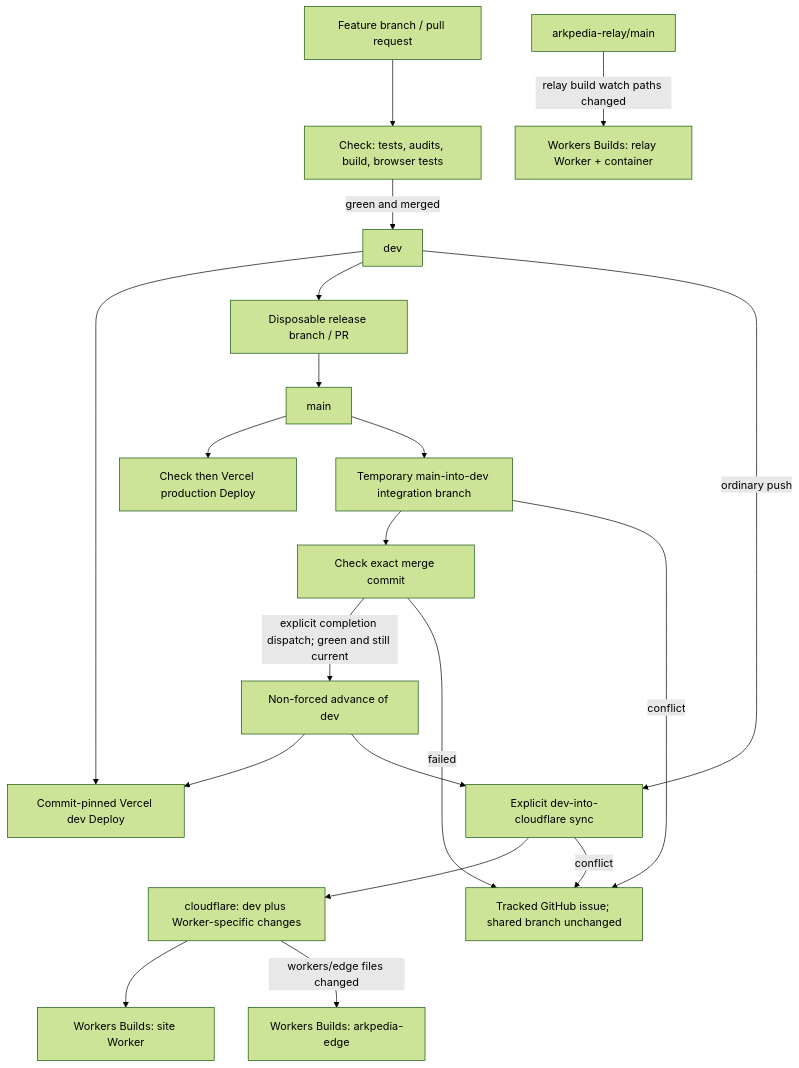
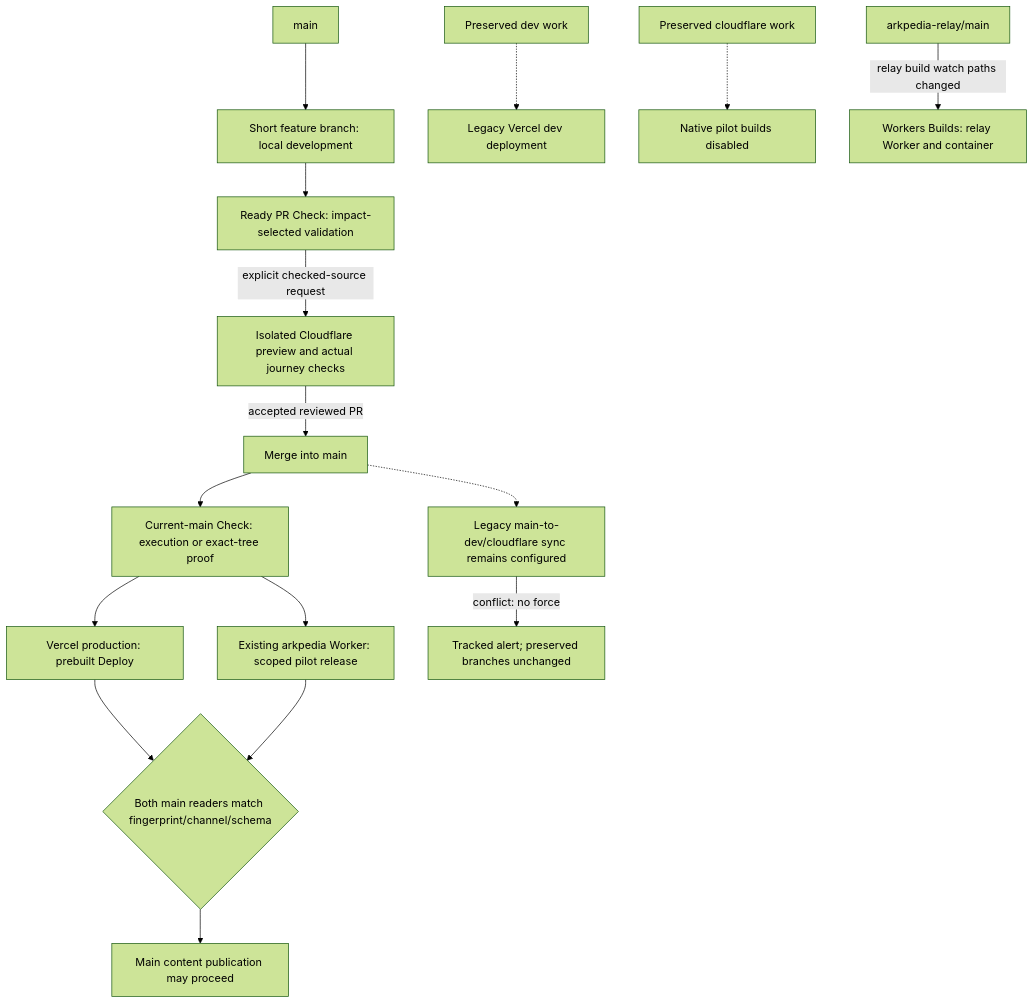
Before and after one commit to arkpedia/arkpedia: the fifth of 6 diagrams in docs/architecture.md, drawn with Mermaid (forest theme). The commit also changed other lines of this file and 5 other files, not shown here.

Commit message:
docs: accept pilot account continuity and align live architecture

````diff
--- a/docs/architecture.md
+++ b/docs/architecture.md
@@ -251,22 +251,18 @@
 ```mermaid
 flowchart TD
-  feature[Feature branch / pull request] --> check[Check: tests, audits, build, browser tests]
-  check -->|green and merged| dev[dev]
-  dev --> deploydev[Commit-pinned Vercel dev Deploy]
-  dev --> release[Disposable release branch / PR]
-  release --> main[main]
-  main --> checkmain[Check then Vercel production Deploy]
-  main --> integration[Temporary main-into-dev integration branch]
-  integration --> verify[Check exact merge commit]
-  verify -->|explicit completion dispatch; green and still current| fast[Non-forced advance of dev]
-  fast --> deploydev
-  fast --> sync[Explicit dev-into-cloudflare sync]
-  dev -->|ordinary push| sync
-  sync --> cf[cloudflare: dev plus Worker-specific changes]
-  cf --> build[Workers Builds: site Worker]
-  cf -->|workers/edge files changed| edge[Workers Builds: arkpedia-edge]
-  relay[arkpedia-relay/main] -->|relay build watch paths changed| relaybuild[Workers Builds: relay Worker + container]
-  integration -->|conflict| issue[Tracked GitHub issue; shared branch unchanged]
-  verify -->|failed| issue
-  sync -->|conflict| issue
+  main[main] --> feature[Short feature branch: local development]
+  feature --> check[Ready PR Check: impact-selected validation]
+  check -->|explicit checked-source request| preview[Isolated Cloudflare preview and actual journey checks]
+  preview -->|accepted reviewed PR| merge[Merge into main]
+  merge --> checkmain[Current-main Check: execution or exact-tree proof]
+  checkmain --> vercel[Vercel production: prebuilt Deploy]
+  checkmain --> pilot[Existing arkpedia Worker: scoped pilot release]
+  vercel --> readers{Both main readers match fingerprint/channel/schema}
+  pilot --> readers
+  readers --> content[Main content publication may proceed]
+  merge -.-> legacy[Legacy main-to-dev/cloudflare sync remains configured]
+  legacy -->|conflict: no force| issue[Tracked alert; preserved branches unchanged]
+  dev[Preserved dev work] -.-> deploydev[Legacy Vercel dev deployment]
+  cf[Preserved cloudflare work] -.-> disabled[Native pilot builds disabled]
+  relay[arkpedia-relay/main] -->|relay build watch paths changed| relaybuild[Workers Builds: relay Worker and container]
 ```
````
